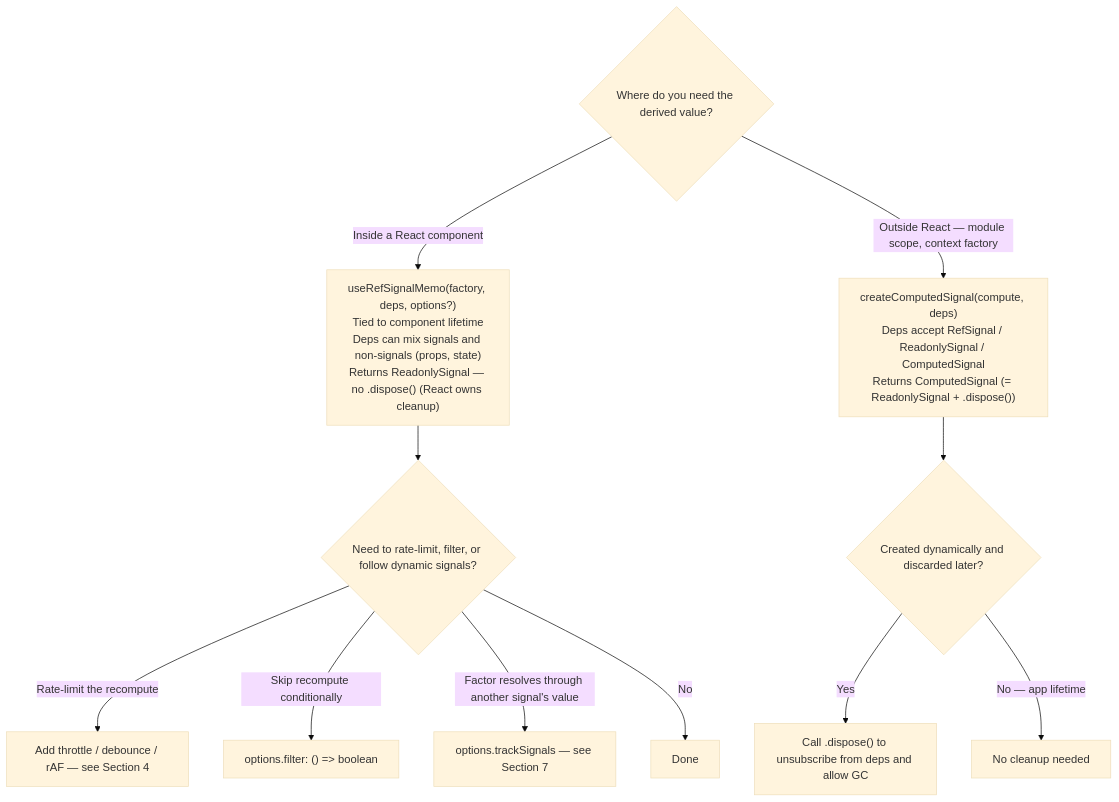
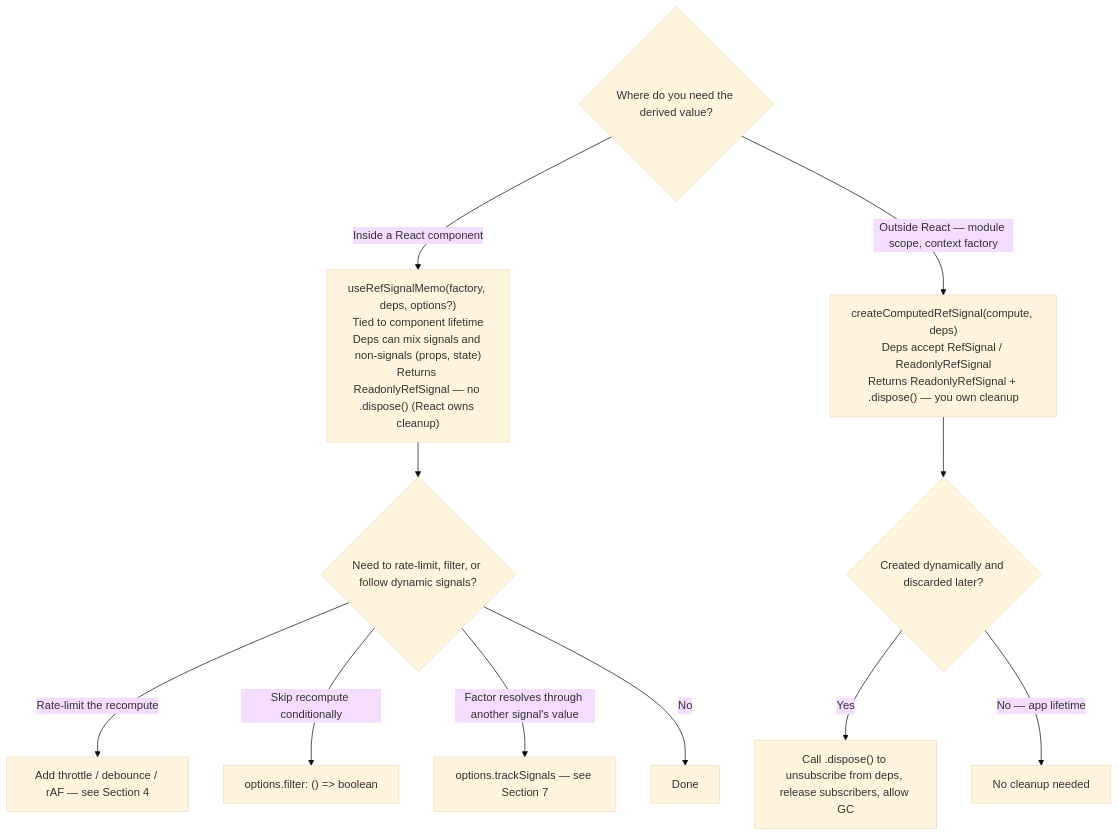
Before and after one commit to jav974/react-refsignal: the sixth of 11 diagrams in docs/decision-tree.md, drawn with Mermaid (base theme). The commit also changed other lines of this file and 4 other files, not shown here.

Commit message:
docs: dispose, ownership rule, readonly tightening

````diff
--- a/docs/decision-tree.md
+++ b/docs/decision-tree.md
@@ -126,17 +126,17 @@
 ```mermaid
 flowchart TD
     Q1{"Where do you need the derived value?"}
 
-    Q1 -->|Inside a React component| A["useRefSignalMemo(factory, deps, options?)\nTied to component lifetime\nDeps can mix signals and non-signals (props, state)\nReturns ReadonlySignal — no .dispose() (React owns cleanup)"]
-    Q1 -->|"Outside React — module scope, context factory"| B["createComputedSignal(compute, deps)\nDeps accept RefSignal / ReadonlySignal / ComputedSignal\nReturns ComputedSignal (= ReadonlySignal + .dispose())"]
+    Q1 -->|Inside a React component| A["useRefSignalMemo(factory, deps, options?)\nTied to component lifetime\nDeps can mix signals and non-signals (props, state)\nReturns ReadonlyRefSignal — no .dispose() (React owns cleanup)"]
+    Q1 -->|"Outside React — module scope, context factory"| B["createComputedRefSignal(compute, deps)\nDeps accept RefSignal / ReadonlyRefSignal\nReturns ReadonlyRefSignal + .dispose() — you own cleanup"]
 
     A --> Q3{"Need to rate-limit, filter, or follow dynamic signals?"}
     Q3 -->|Rate-limit the recompute| E["Add throttle / debounce / rAF — see Section 4"]
     Q3 -->|Skip recompute conditionally| F["options.filter: () => boolean"]
     Q3 -->|"Factor resolves through another signal's value"| G["options.trackSignals — see Section 7"]
     Q3 -->|No| H[Done]
 
     B --> Q2{"Created dynamically and discarded later?"}
-    Q2 -->|Yes| C["Call .dispose() to unsubscribe from deps and allow GC"]
+    Q2 -->|Yes| C["Call .dispose() to unsubscribe from deps, release subscribers, allow GC"]
     Q2 -->|"No — app lifetime"| D[No cleanup needed]
 ```
````
